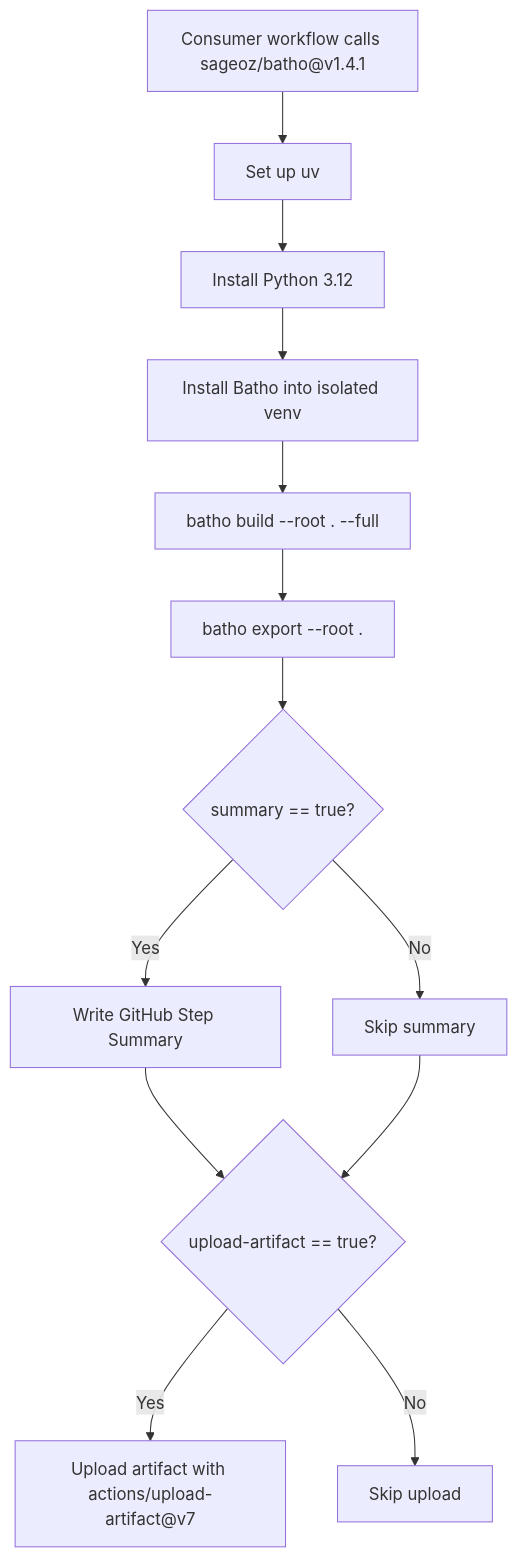
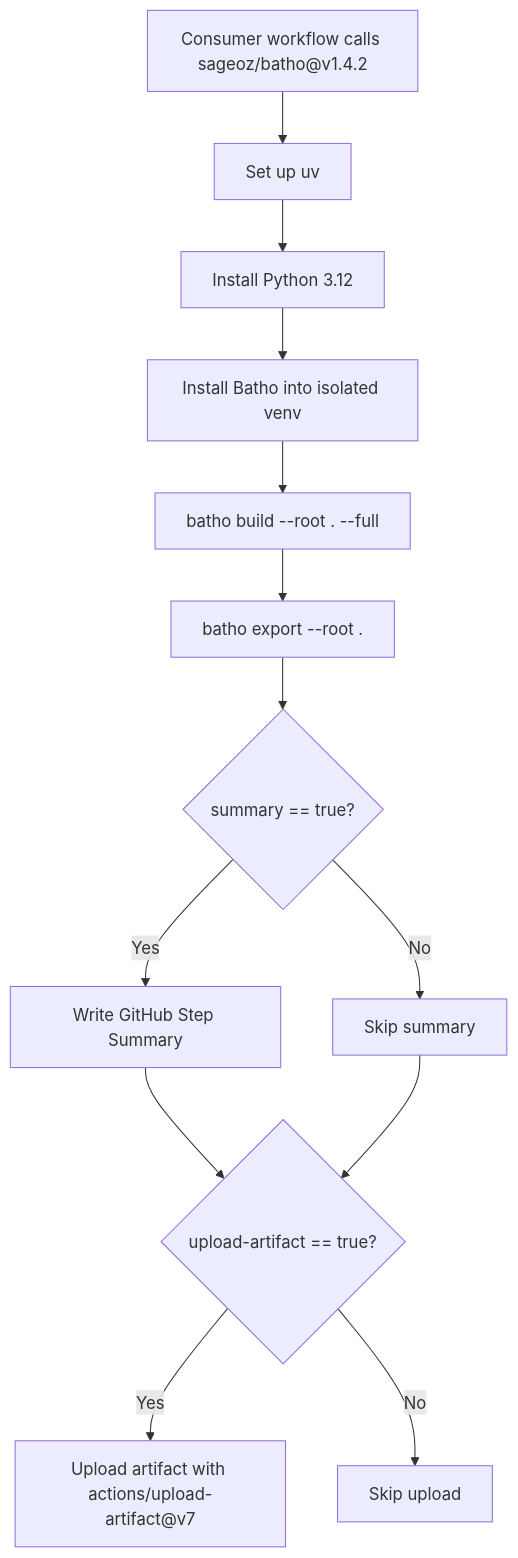
The diagram in docs-site/docs/cicd/composite-action.md (sageoz/Batho), drawn with Mermaid before and after one commit. The commit also changed other lines of this file and 18 other files, not shown here.

````diff
--- a/docs-site/docs/cicd/composite-action.md
+++ b/docs-site/docs/cicd/composite-action.md
@@ -7,15 +7,15 @@
 ```mermaid
 flowchart TD
-    A["Consumer workflow calls sageoz/batho@v1.4.1"] --> B["Set up uv"]
+    A["Consumer workflow calls sageoz/batho@v1.4.2"] --> B["Set up uv"]
     B --> C["Install Python 3.12"]
     C --> D["Install Batho into isolated venv"]
     D --> E["batho build --root . --full"]
     E --> F["batho export --root ."]
     F --> G{"summary == true?"}
     G -- Yes --> H["Write GitHub Step Summary"]
     G -- No --> I["Skip summary"]
     H --> J{"upload-artifact == true?"}
     I --> J
     J -- Yes --> K["Upload artifact with actions/upload-artifact@v7"]
     J -- No --> L["Skip upload"]
 ```
````
